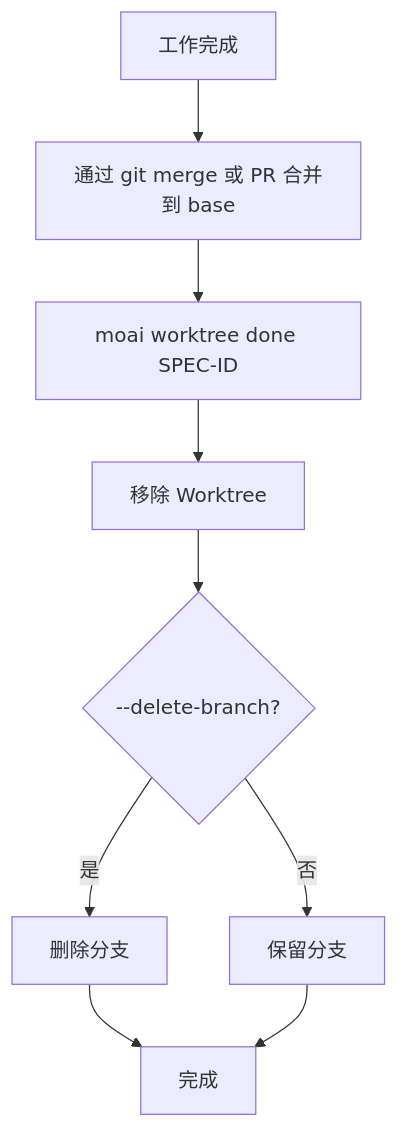
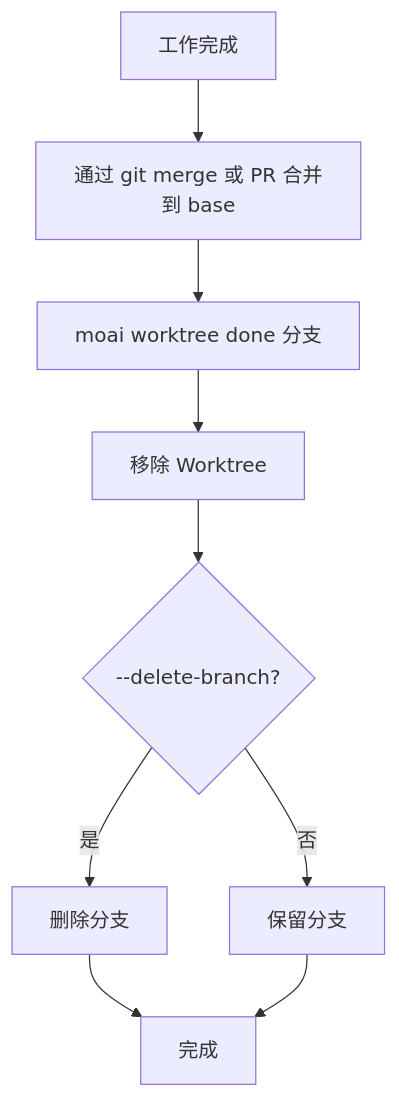
Before and after one commit to modu-ai/moai-adk: the sixth of 9 diagrams in docs-site/content/zh/worktree/guide.md, drawn with Mermaid. The commit also changed other lines of this file and 35 other files, not shown here.

````diff
--- a/docs-site/content/zh/worktree/guide.md
+++ b/docs-site/content/zh/worktree/guide.md
@@ -523,11 +451,11 @@
 ```mermaid
 flowchart TD
     A[工作完成] --> B[通过 git merge 或 PR 合并到 base]
-    B --> C[moai worktree done SPEC-ID]
+    B --> C[moai worktree done 分支]
     C --> D[移除 Worktree]
     D --> E{--delete-branch?}
     E -->|是| F[删除分支]
     E -->|否| G[保留分支]
     F --> H[完成]
     G --> H[完成]
 ```
````
